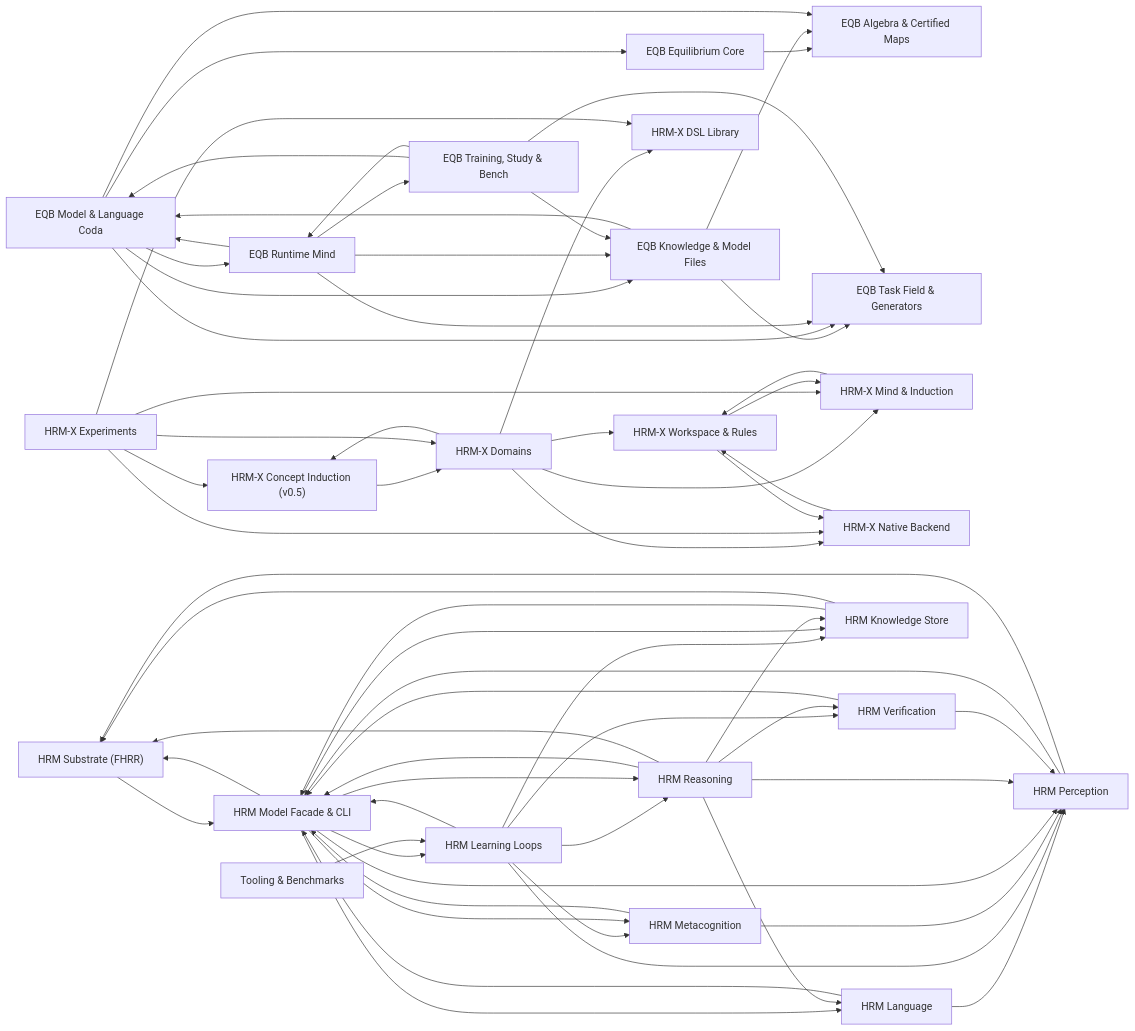
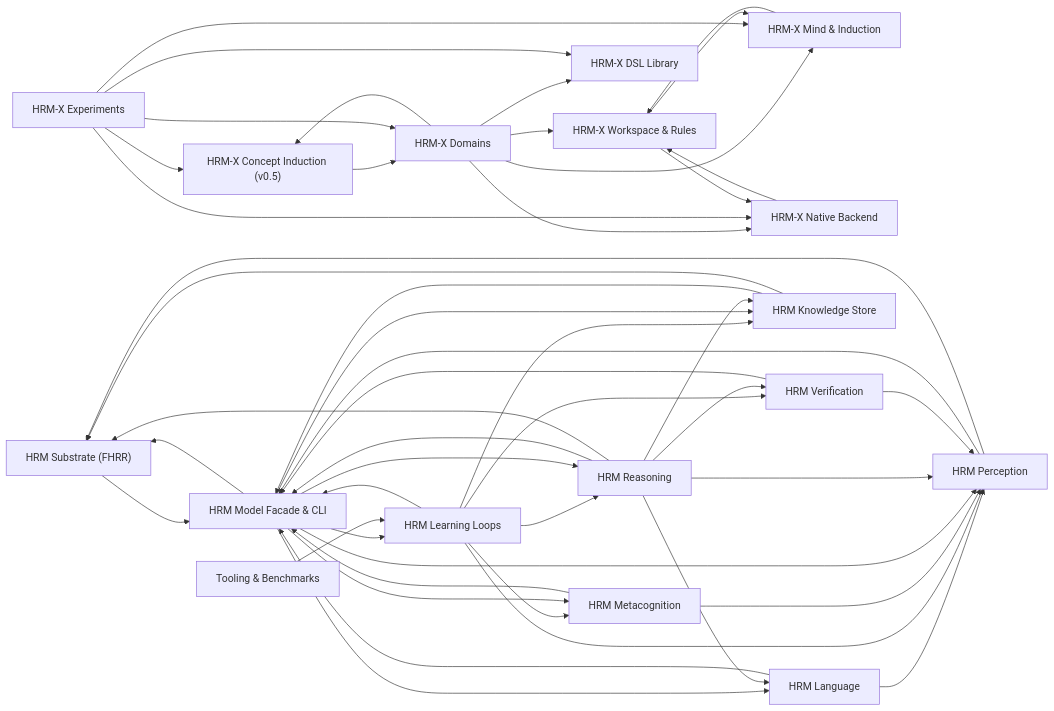
One commit to QuangNguyenPT/Demo-Equilibrium changed the diagram in vault/09 - Code Map/00 - Code Subsystems.md. Above: the diagram before and after it, drawn with Mermaid. The commit also changed other lines of this file and 55 other files, not shown here.

First line of the commit message:
Move hrm_eqb/ to legacy/ — an audit found nothing imports it

````diff
--- a/vault/09 - Code Map/00 - Code Subsystems.md
+++ b/vault/09 - Code Map/00 - Code Subsystems.md
@@ -53,90 +46,66 @@
 ```mermaid
 flowchart LR
-  S0["EQB Algebra & Certified Maps"]
-  S1["EQB Equilibrium Core"]
-  S2["EQB Model & Language Coda"]
-  S3["EQB Task Field & Generators"]
-  S4["EQB Knowledge & Model Files"]
-  S5["EQB Runtime Mind"]
-  S6["EQB Training, Study & Bench"]
-  S7["HRM-X Workspace & Rules"]
-  S8["HRM-X Mind & Induction"]
-  S9["HRM-X DSL Library"]
-  S10["HRM-X Concept Induction (v0.5)"]
-  S11["HRM-X Domains"]
-  S12["HRM-X Native Backend"]
-  S13["HRM-X Experiments"]
-  S14["HRM Substrate (FHRR)"]
-  S15["HRM Perception"]
-  S16["HRM Reasoning"]
-  S17["HRM Verification"]
-  S18["HRM Knowledge Store"]
-  S19["HRM Language"]
-  S20["HRM Metacognition"]
-  S21["HRM Learning Loops"]
-  S22["HRM Model Facade & CLI"]
-  S23["Tooling & Benchmarks"]
+  S0["HRM-X Workspace & Rules"]
+  S1["HRM-X Mind & Induction"]
+  S2["HRM-X DSL Library"]
+  S3["HRM-X Concept Induction (v0.5)"]
+  S4["HRM-X Domains"]
+  S5["HRM-X Native Backend"]
+  S6["HRM-X Experiments"]
+  S7["HRM Substrate (FHRR)"]
+  S8["HRM Perception"]
+  S9["HRM Reasoning"]
+  S10["HRM Verification"]
+  S11["HRM Knowledge Store"]
+  S12["HRM Language"]
+  S13["HRM Metacognition"]
+  S14["HRM Learning Loops"]
+  S15["HRM Model Facade & CLI"]
+  S16["Tooling & Benchmarks"]
+  S11 --> S15
+  S11 --> S7
+  S12 --> S15
+  S12 --> S8
+  S14 --> S11
+  S14 --> S13
+  S14 --> S15
+  S14 --> S8
+  S14 --> S9
+  S14 --> S10
+  S13 --> S15
+  S13 --> S8
+  S15 --> S11
+  S15 --> S12
+  S15 --> S14
+  S15 --> S13
+  S15 --> S8
+  S15 --> S9
+  S15 --> S7
+  S8 --> S15
+  S8 --> S7
+  S9 --> S11
+  S9 --> S12
+  S9 --> S15
+  S9 --> S8
+  S9 --> S7
+  S9 --> S10
+  S7 --> S15
+  S10 --> S15
+  S10 --> S8
+  S3 --> S4
+  S4 --> S3
+  S4 --> S2
+  S4 --> S1
+  S4 --> S5
+  S4 --> S0
+  S6 --> S3
+  S6 --> S2
+  S6 --> S4
+  S6 --> S1
+  S6 --> S5
   S1 --> S0
-  S4 --> S0
-  S4 --> S2
-  S4 --> S3
-  S2 --> S0
-  S2 --> S1
-  S2 --> S4
-  S2 --> S5
-  S2 --> S3
-  S5 --> S4
-  S5 --> S2
-  S5 --> S3
-  S5 --> S6
-  S6 --> S4
-  S6 --> S2
-  S6 --> S5
-  S6 --> S3
-  S18 --> S22
-  S18 --> S14
-  S19 --> S22
-  S19 --> S15
-  S21 --> S18
-  S21 --> S20
-  S21 --> S22
-  S21 --> S15
-  S21 --> S16
-  S21 --> S17
-  S20 --> S22
-  S20 --> S15
-  S22 --> S18
-  S22 --> S19
-  S22 --> S21
-  S22 --> S20
-  S22 --> S15
-  S22 --> S16
-  S22 --> S14
-  S15 --> S22
-  S15 --> S14
-  S16 --> S18
-  S16 --> S19
-  S16 --> S22
-  S16 --> S15
+  S5 --> S0
+  S0 --> S1
+  S0 --> S5
   S16 --> S14
-  S16 --> S17
-  S14 --> S22
-  S17 --> S22
-  S17 --> S15
-  S10 --> S11
-  S11 --> S10
-  S11 --> S9
-  S11 --> S8
-  S11 --> S12
-  S11 --> S7
-  S13 --> S10
-  S13 --> S9
-  S13 --> S11
-  S13 --> S8
-  S13 --> S12
-  S8 --> S7
-  S12 --> S7
-  S7 --> S8
-  S7 --> S12
-  S23 --> S21
 ```
````
